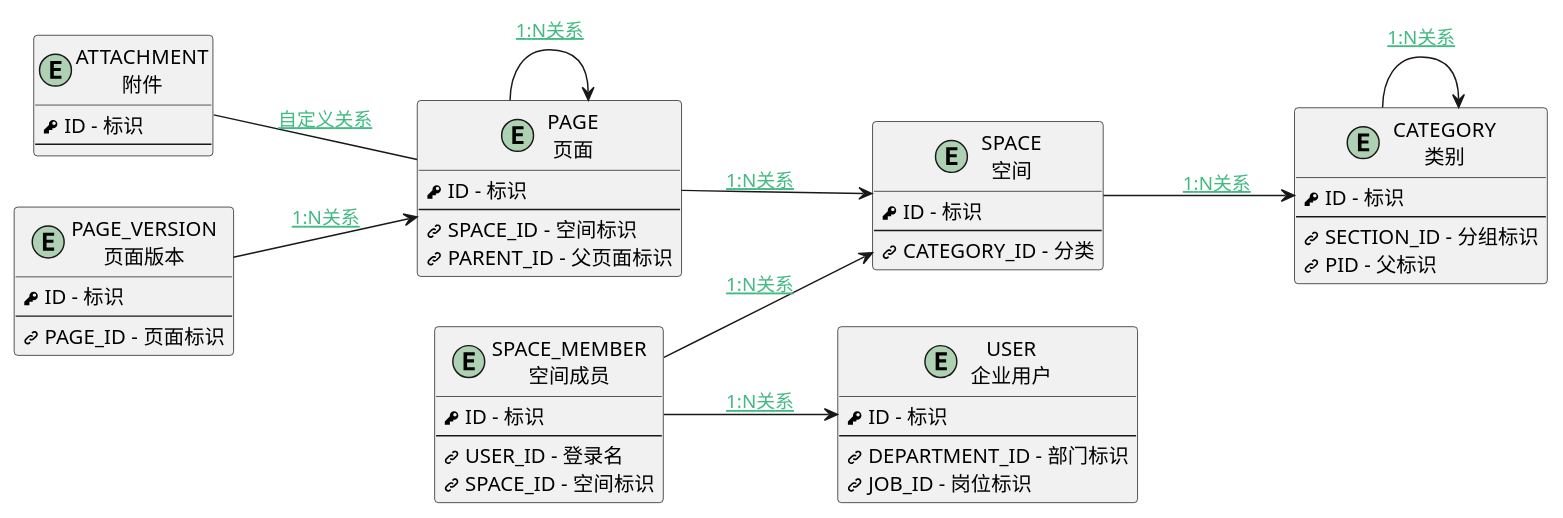
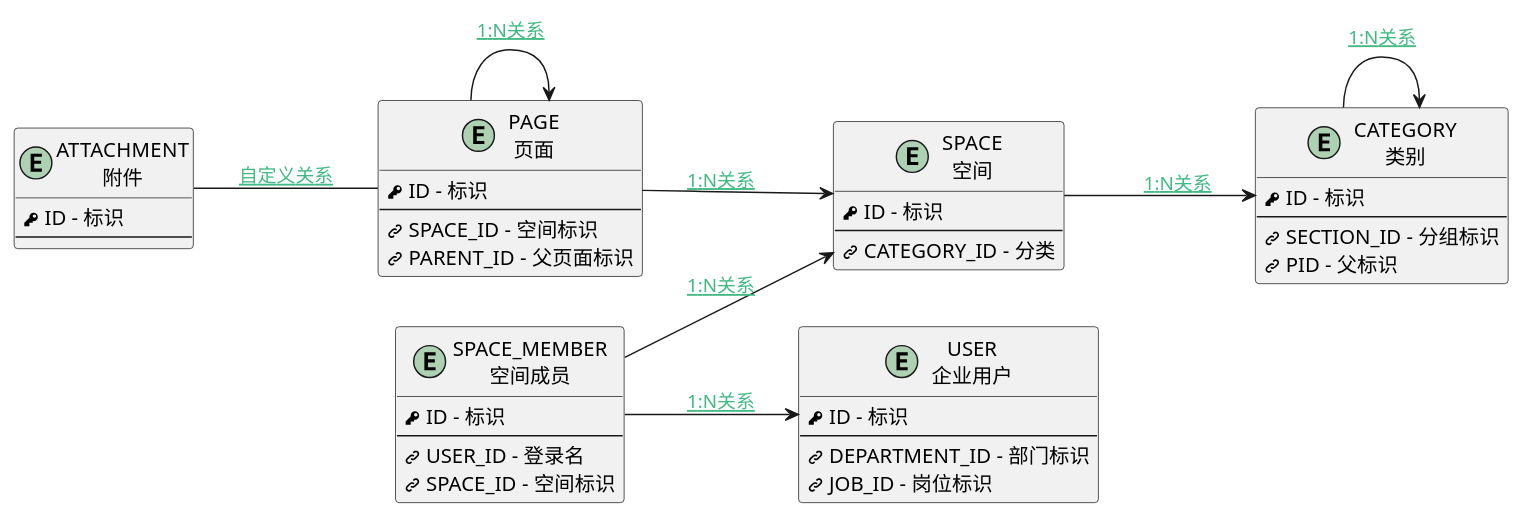
Before and after one commit to iBizLab/plm: the diagram in doc/docsify/er/wiki.md, drawn with PlantUML. The commit also changed other lines of this file and 6272 other files, not shown here.

````diff
--- a/doc/docsify/er/wiki.md
+++ b/doc/docsify/er/wiki.md
@@ -5,61 +4,55 @@
 ```plantuml
 @startuml
 <style>
 root {
   HyperlinkColor #42b983
 }
 </style>
 left to right direction
 
-entity "ATTACHMENT\n附件" as ATTACHMENT [[$../module/Base/Attachment {附件}]] {
+entity "ATTACHMENT\n附件" as ATTACHMENT [[$../module/Base/attachment {附件}]] {
         <&key> ID - 标识
         --
 }
-entity "CATEGORY\n类别" as CATEGORY [[$../module/Base/Category {类别}]] {
+entity "CATEGORY\n类别" as CATEGORY [[$../module/Base/category {类别}]] {
         <&key> ID - 标识
         --
         <&link-intact> SECTION_ID - 分组标识
         <&link-intact> PID - 父标识
 }
-entity "PAGE\n页面" as PAGE [[$../module/Wiki/Article_page {页面}]] {
+entity "PAGE\n页面" as PAGE [[$../module/Wiki/article_page {页面}]] {
         <&key> ID - 标识
         --
         <&link-intact> SPACE_ID - 空间标识
         <&link-intact> PARENT_ID - 父页面标识
 }
-entity "PAGE_VERSION\n页面版本" as PAGE_VERSION [[$../module/Wiki/Page_version {页面版本}]] {
-        <&key> ID - 标识
-        --
-        <&link-intact> PAGE_ID - 页面标识
-}
-entity "SPACE\n空间" as SPACE [[$../module/Wiki/Space {空间}]] {
+entity "SPACE\n空间" as SPACE [[$../module/Wiki/space {空间}]] {
         <&key> ID - 标识
         --
         <&link-intact> CATEGORY_ID - 分类
 }
-entity "SPACE_MEMBER\n空间成员" as SPACE_MEMBER [[$../module/Wiki/Space_member {空间成员}]] {
+entity "SPACE_MEMBER\n空间成员" as SPACE_MEMBER [[$../module/Wiki/space_member {空间成员}]] {
         <&key> ID - 标识
         --
         <&link-intact> USER_ID - 登录名
         <&link-intact> SPACE_ID - 空间标识
 }
-entity "USER\n企业用户" as USER [[$../module/Base/User {企业用户}]] {
+entity "USER\n企业用户" as USER [[$../module/Base/user {企业用户}]] {
         <&key> ID - 标识
         --
         <&link-intact> DEPARTMENT_ID - 部门标识
         <&link-intact> JOB_ID - 岗位标识
 }
 
 CATEGORY--> CATEGORY : [[$../der/DER1N_CATEGORY_CATEGORY_PID{DER1N_CATEGORY_CATEGORY_PID} 1:N关系]]
 SPACE--> CATEGORY : [[$../der/DER1N_SPACE_CATEGORY_CATEGORY_ID{DER1N_SPACE_CATEGORY_CATEGORY_ID} 1:N关系]]
 PAGE--> PAGE : [[$../der/DER1N_PAGE_PAGE_PARENT_ID{DER1N_PAGE_PAGE_PARENT_ID} 1:N关系]]
-PAGE_VERSION--> PAGE : [[$../der/DER1N_PAGE_VERSION_PAGE_PAGE_ID{DER1N_PAGE_VERSION_PAGE_PAGE_ID} 1:N关系]]
 ATTACHMENT-- PAGE : [[$../der/DERCUSTOM_PAGE_ATTACHMENT{DERCUSTOM_PAGE_ATTACHMENT} 自定义关系]]
 PAGE--> SPACE : [[$../der/DER1N_PAGE_SPACE_SPACE_ID{DER1N_PAGE_SPACE_SPACE_ID} 1:N关系]]
 SPACE_MEMBER--> SPACE : [[$../der/DER1N_SPACE_MEMBER_SPACE_SPACE_ID{DER1N_SPACE_MEMBER_SPACE_SPACE_ID} 1:N关系]]
 SPACE_MEMBER--> USER : [[$../der/DER1N_SPACE_MEMBER_USER_USER_ID{DER1N_SPACE_MEMBER_USER_USER_ID} 1:N关系]]
 
 
 hide methods
 @enduml
 ```
````
